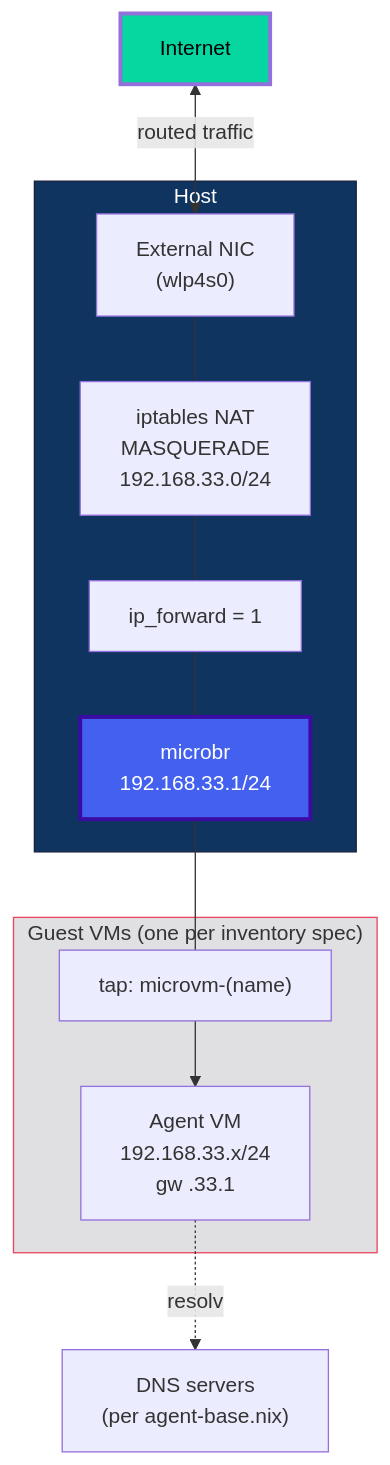
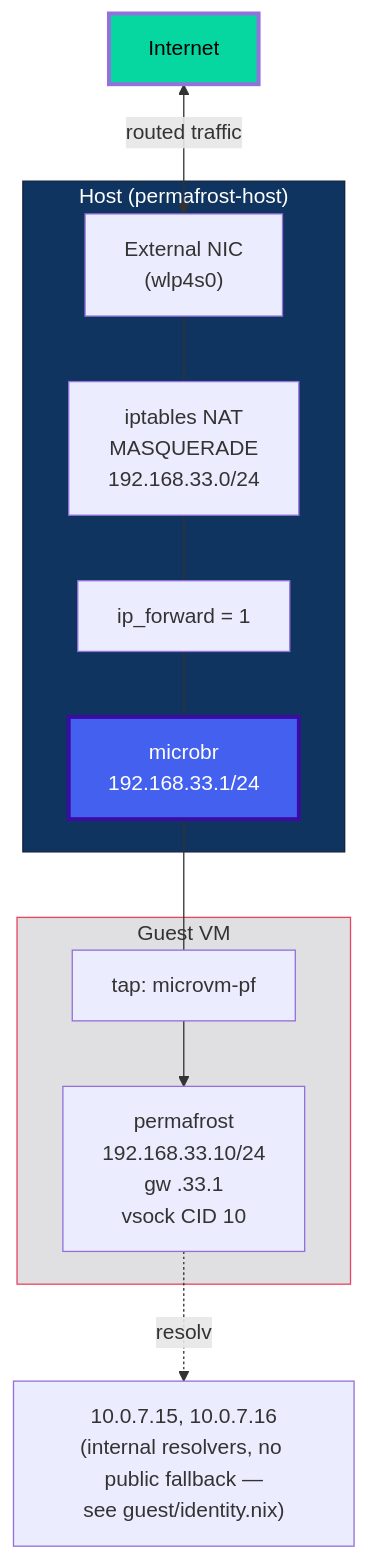
One commit to tenarches/nix-permafrost changed the third of 6 diagrams in docs/architecture.md. Above: the diagram before and after it, drawn with Mermaid. The commit also changed other lines of this file, not shown here.

First line of the commit message:
docs: rewrite architecture.md for the dendritic module tree

````diff
--- a/docs/architecture.md
+++ b/docs/architecture.md
@@ -104,29 +177,29 @@
 ```mermaid
 graph TB
     INET["Internet"]
 
-    subgraph HOST["Host"]
+    subgraph HOST["Host (permafrost-host)"]
         EXT["External NIC<br/>(wlp4s0)"]
         IPTABLES["iptables NAT<br/>MASQUERADE<br/>192.168.33.0/24"]
         FWD["ip_forward = 1"]
         BRIDGE["microbr<br/>192.168.33.1/24"]
 
         EXT --- IPTABLES --- FWD --- BRIDGE
     end
 
     INET <-->|"routed traffic"| EXT
 
-    subgraph GUESTS["Guest VMs (one per inventory spec)"]
-        TAP_N["tap: microvm-(name)"] --> VM_N["Agent VM<br/>192.168.33.x/24<br/>gw .33.1"]
+    subgraph GUEST["Guest VM"]
+        TAP["tap: microvm-pf"] --> VM["permafrost<br/>192.168.33.10/24<br/>gw .33.1<br/>vsock CID 10"]
     end
 
-    BRIDGE --- TAP_N
+    BRIDGE --- TAP
 
-    DNS["DNS servers<br/>(per agent-base.nix)"]
-    VM_N -.->|resolv| DNS
+    DNS["10.0.7.15, 10.0.7.16<br/>(internal resolvers, no public fallback —<br/>see guest/identity.nix)"]
+    VM -.->|resolv| DNS
 
     style HOST fill:#0f3460,stroke:#16213e,color:#fff
     style BRIDGE fill:#4361ee,stroke:#3a0ca3,color:#fff,stroke-width:3px
-    style GUESTS fill:#1a1a2e22,stroke:#e94560
+    style GUEST fill:#1a1a2e22,stroke:#e94560
     style INET fill:#06d6a0,color:#000,stroke-width:3px
 ```
````
